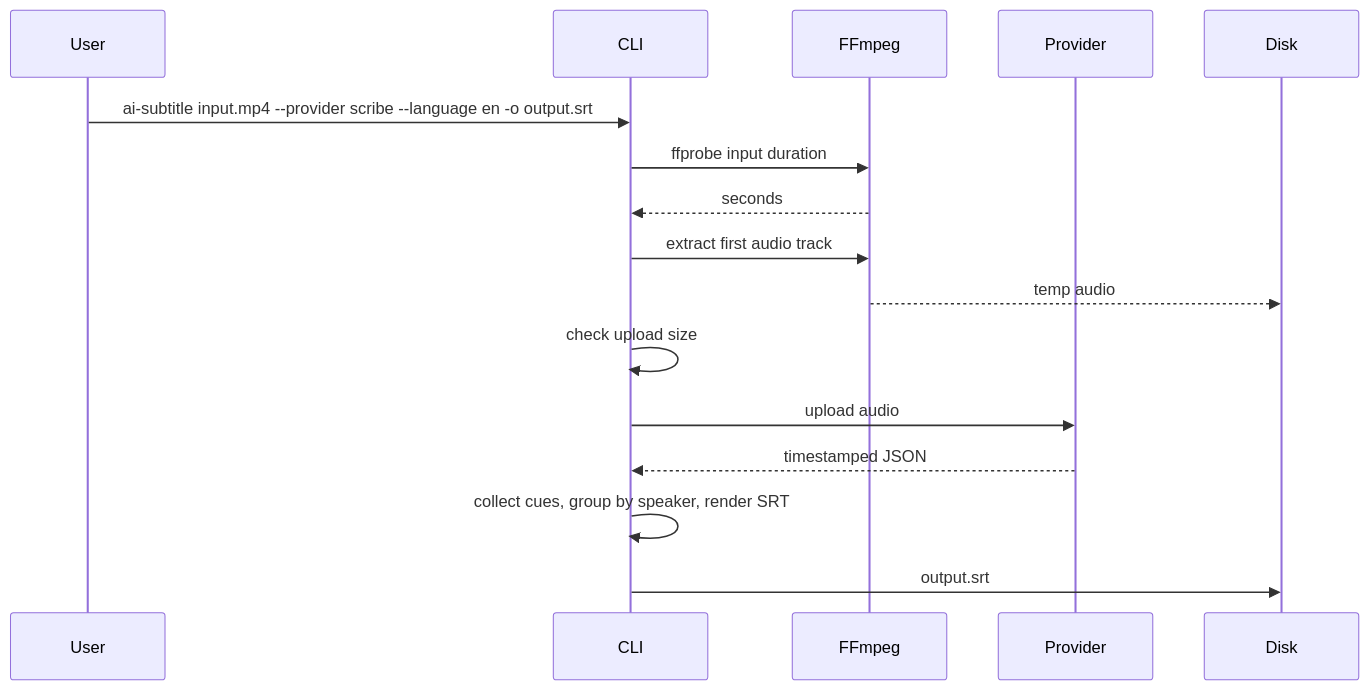
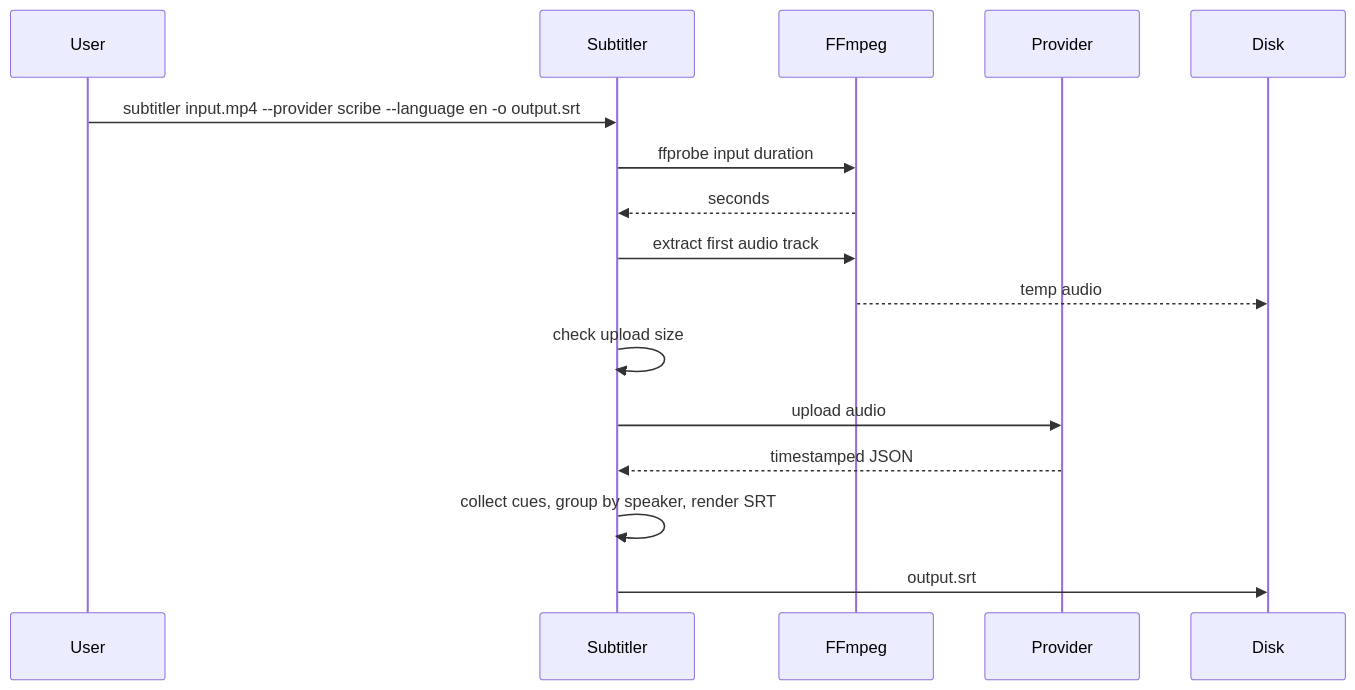
One commit to leduftw/subtitler changed the second of 2 diagrams in docs/system.md. Above: the diagram before and after it, drawn with Mermaid. The commit also changed other lines of this file and 24 other files, not shown here.

````diff
--- a/docs/system.md
+++ b/docs/system.md
@@ -33,19 +33,19 @@
 ```mermaid
 sequenceDiagram
     participant User
-    participant CLI
+    participant Subtitler
     participant FFmpeg
     participant Provider
     participant Disk
 
-    User->>CLI: ai-subtitle input.mp4 --provider scribe --language en -o output.srt
-    CLI->>FFmpeg: ffprobe input duration
-    FFmpeg-->>CLI: seconds
-    CLI->>FFmpeg: extract first audio track
+    User->>Subtitler: subtitler input.mp4 --provider scribe --language en -o output.srt
+    Subtitler->>FFmpeg: ffprobe input duration
+    FFmpeg-->>Subtitler: seconds
+    Subtitler->>FFmpeg: extract first audio track
     FFmpeg-->>Disk: temp audio
-    CLI->>CLI: check upload size
-    CLI->>Provider: upload audio
-    Provider-->>CLI: timestamped JSON
-    CLI->>CLI: collect cues, group by speaker, render SRT
-    CLI->>Disk: output.srt
+    Subtitler->>Subtitler: check upload size
+    Subtitler->>Provider: upload audio
+    Provider-->>Subtitler: timestamped JSON
+    Subtitler->>Subtitler: collect cues, group by speaker, render SRT
+    Subtitler->>Disk: output.srt
 ```
````
